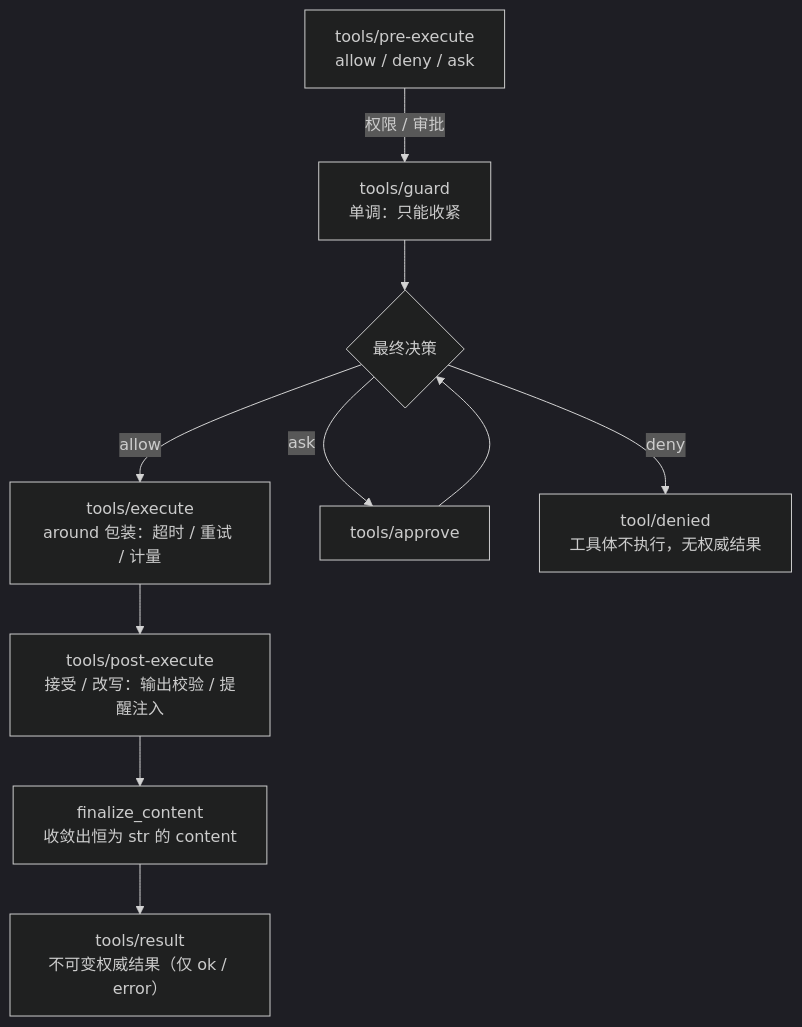
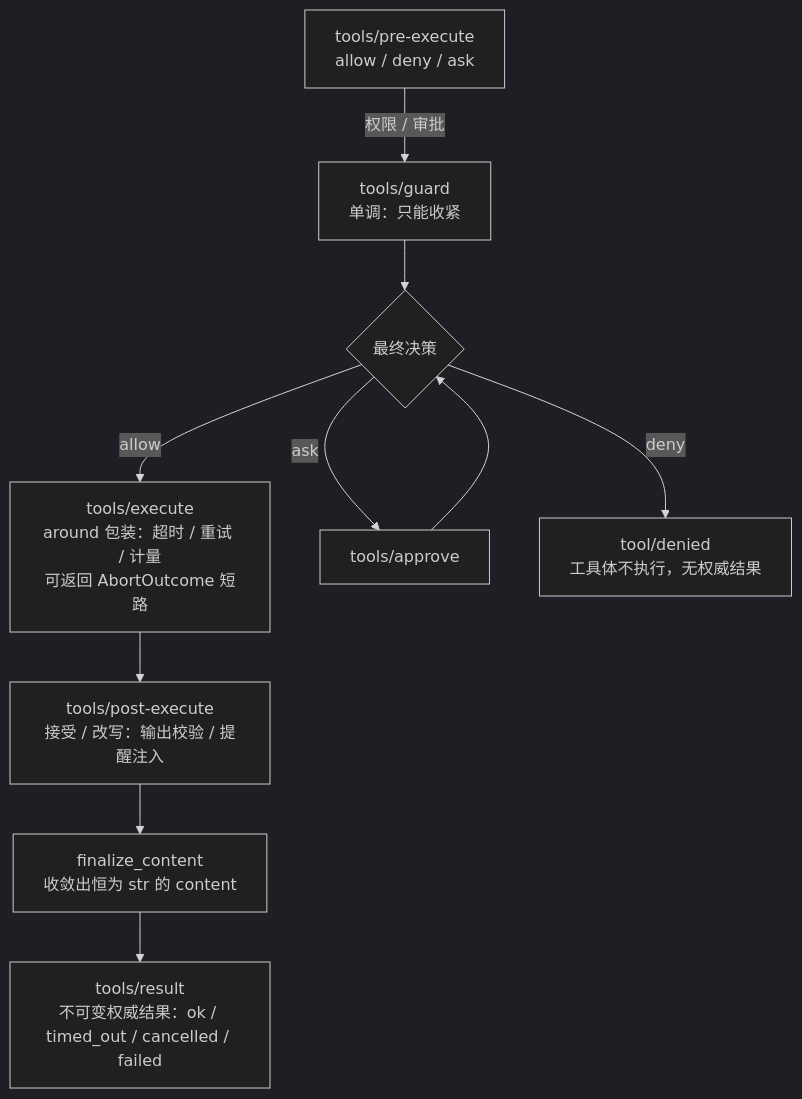
Before and after one commit to RebornL/MiniAgent: the first of 5 diagrams in docs/miniharness.md, drawn with Mermaid (dark theme). The commit also changed other lines of this file and 38 other files, not shown here.

````diff
--- a/docs/miniharness.md
+++ b/docs/miniharness.md
@@ -23,12 +23,12 @@
 ```mermaid
 flowchart TB
     A["tools/pre-execute<br/>allow / deny / ask"] -->|"权限 / 审批"| B["tools/guard<br/>单调：只能收紧"]
     B --> C{"最终决策"}
-    C -->|"allow"| D["tools/execute<br/>around 包装：超时 / 重试 / 计量"]
+    C -->|"allow"| D["tools/execute<br/>around 包装：超时 / 重试 / 计量<br/>可返回 AbortOutcome 短路"]
     C -->|"ask"| E["tools/approve"]
     E --> C
     C -->|"deny"| F["tool/denied<br/>工具体不执行，无权威结果"]
     D --> G["tools/post-execute<br/>接受 / 改写：输出校验 / 提醒注入"]
     G --> H["finalize_content<br/>收敛出恒为 str 的 content"]
-    H --> I["tools/result<br/>不可变权威结果（仅 ok / error）"]
+    H --> I["tools/result<br/>不可变权威结果：ok / timed_out / cancelled / failed"]
 ```
````
